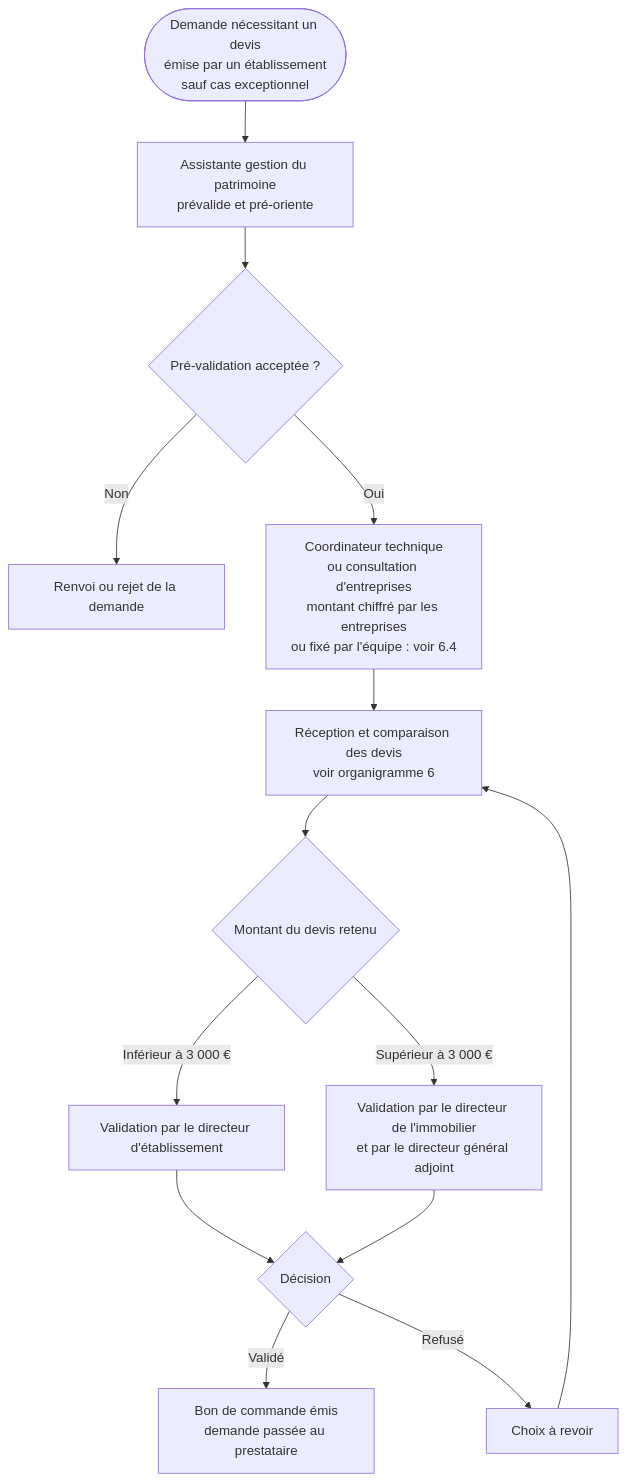
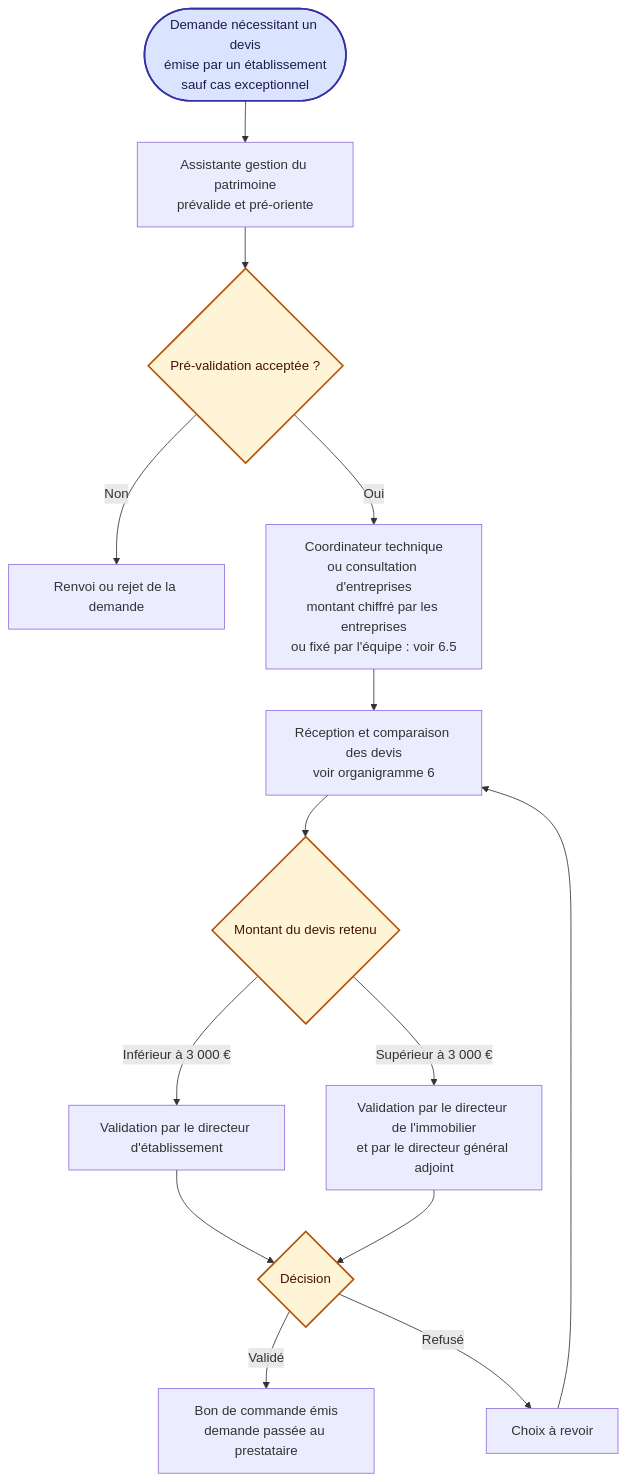
Before and after one commit to Mogot77/Application_Gestion_Travaux: the second of 2 diagrams in docs/organigrammes/08-hierarchie-validation.md, drawn with Mermaid. The commit also changed other lines of this file and 32 other files, not shown here.

Commit message:
docs: rework flowcharts for readability (colors, larger text, split long diagrams, recent rules)

````diff
--- a/docs/organigrammes/08-hierarchie-validation.md
+++ b/docs/organigrammes/08-hierarchie-validation.md
@@ -49,16 +54,23 @@
 ```mermaid
 flowchart TD
     A([Demande nécessitant un devis<br/>émise par un établissement<br/>sauf cas exceptionnel]) --> B[Assistante gestion du patrimoine<br/>prévalide et pré-oriente]
     B --> C{Pré-validation acceptée ?}
     C -- Non --> C1[Renvoi ou rejet de la demande]
-    C -- Oui --> D[Coordinateur technique<br/>ou consultation d'entreprises<br/>montant chiffré par les entreprises<br/>ou fixé par l'équipe : voir 6.4]
+    C -- Oui --> D[Coordinateur technique<br/>ou consultation d'entreprises<br/>montant chiffré par les entreprises<br/>ou fixé par l'équipe : voir 6.5]
     D --> E[Réception et comparaison des devis<br/>voir organigramme 6]
     E --> F{Montant du devis retenu}
     F -- "Inférieur à 3 000 €" --> G[Validation par le directeur d'établissement]
     F -- "Supérieur à 3 000 €" --> H[Validation par le directeur de l'immobilier<br/>et par le directeur général adjoint]
     G --> I{Décision}
     H --> I
     I -- Validé --> J[Bon de commande émis<br/>demande passée au prestataire]
     I -- Refusé --> K[Choix à revoir]
     K --> E
+    %% styles communs
+    classDef dec fill:#fff4d6,stroke:#b45309,stroke-width:2px,color:#431407
+    classDef term fill:#dbe4ff,stroke:#3730a3,stroke-width:2px,color:#1e1b4b
+    classDef err fill:#fde2e2,stroke:#b91c1c,stroke-width:2px,color:#450a0a
+    classDef ok fill:#dcfce7,stroke:#15803d,stroke-width:2px,color:#052e16
+    class C,F,I dec
+    class A term
 ```
````
